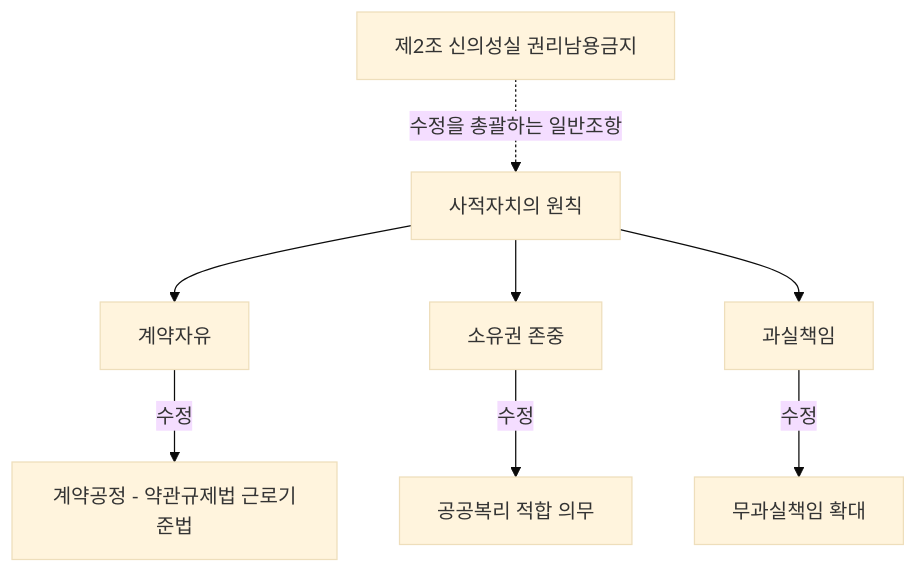
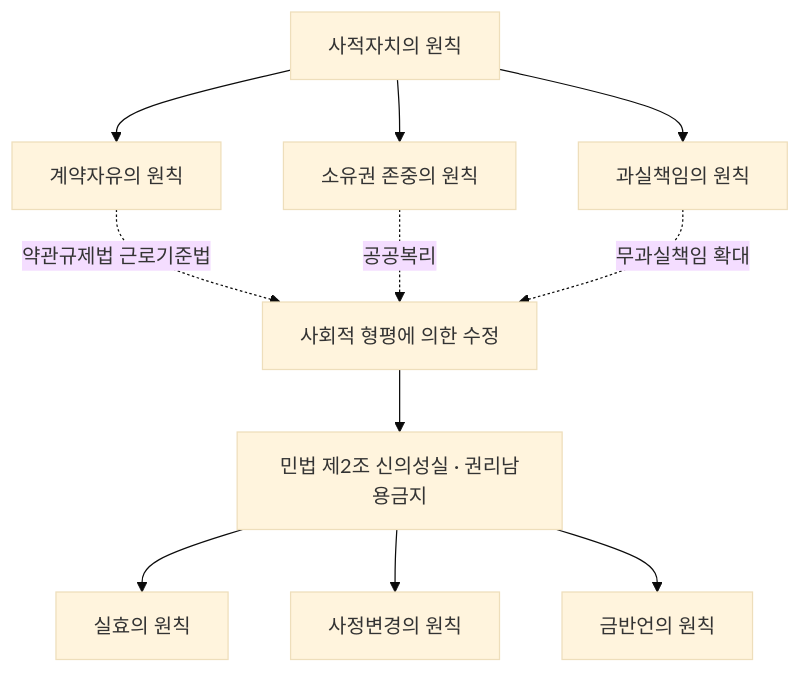
One commit to jihorag/- changed the third of 7 diagrams in viewer/public/data/study/civil/units/M01.md. Above: the diagram before and after it, drawn with Mermaid (base theme). The commit also changed other lines of this file and 6 other files, not shown here.

````diff
--- a/viewer/public/data/study/civil/units/M01.md
+++ b/viewer/public/data/study/civil/units/M01.md
@@ -919,10 +2195,13 @@
 ```mermaid
 graph TD
-  A[사적자치의 원칙] --> B[계약자유]
-  A --> C[소유권 존중]
-  A --> D[과실책임]
-  B -- 수정 --> E[계약공정 - 약관규제법 근로기준법]
-  C -- 수정 --> F[공공복리 적합 의무]
-  D -- 수정 --> G[무과실책임 확대]
-  H[제2조 신의성실 권리남용금지] -. 수정을 총괄하는 일반조항 .-> A
+  A[사적자치의 원칙] --> B[계약자유의 원칙]
+  A --> C[소유권 존중의 원칙]
+  A --> D[과실책임의 원칙]
+  B -. 약관규제법 근로기준법 .-> E[사회적 형평에 의한 수정]
+  C -. 공공복리 .-> E
+  D -. 무과실책임 확대 .-> E
+  E --> F[민법 제2조 신의성실 · 권리남용금지]
+  F --> G[실효의 원칙]
+  F --> H[사정변경의 원칙]
+  F --> I[금반언의 원칙]
 ```
````
